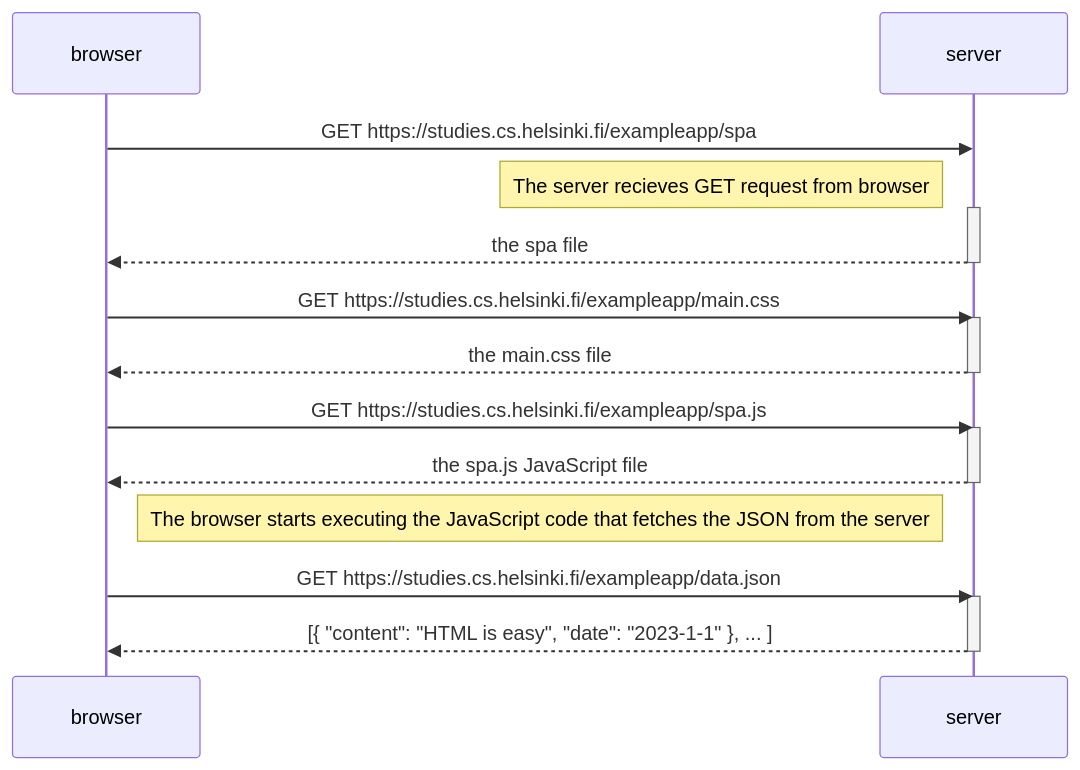
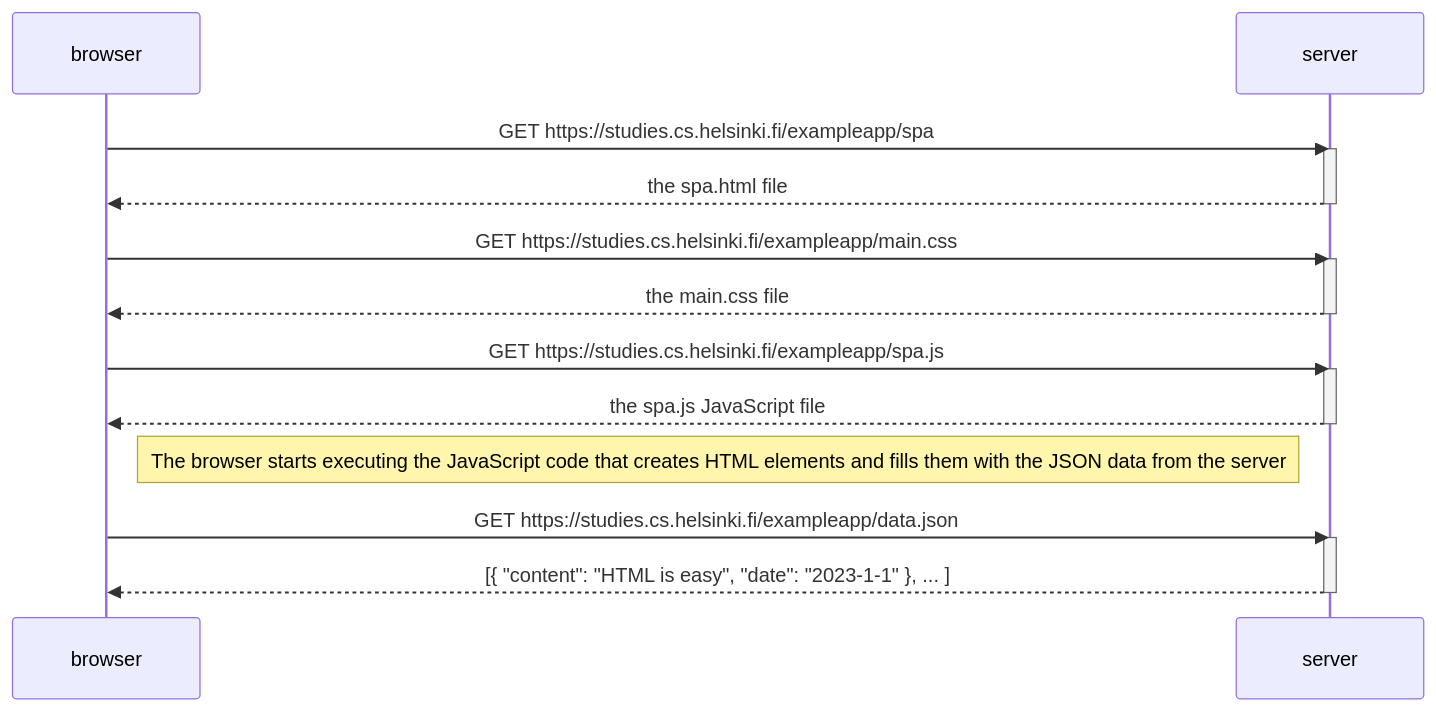
The diagram in part0/0.5SpaSequenceDiagram.md (Emma-Belg/FullStackOpenCourse), drawn with Mermaid before and after one commit.

````diff
--- a/part0/0.5SpaSequenceDiagram.md
+++ b/part0/0.5SpaSequenceDiagram.md
@@ -9,30 +9,29 @@
  ```mermaid
     sequenceDiagram
     participant browser
     participant server
 
     browser->>server: GET https://studies.cs.helsinki.fi/exampleapp/spa
-    Note left of server: The server recieves GET request from browser
     activate server
-    server-->>browser: the spa file 
+    server-->>browser: the spa.html file 
     deactivate server
 
     browser->>server: GET https://studies.cs.helsinki.fi/exampleapp/main.css
     activate server
     server-->>browser: the main.css file
     deactivate server
 
     browser->>server: GET https://studies.cs.helsinki.fi/exampleapp/spa.js
     activate server
     server-->>browser: the spa.js JavaScript file
     deactivate server
     
-    Note right of browser: The browser starts executing the JavaScript code that fetches the JSON from the server
+    Note right of browser: The browser starts executing the JavaScript code that creates HTML elements and fills them with the JSON data from the server
 
     browser->>server: GET https://studies.cs.helsinki.fi/exampleapp/data.json
     activate server
     server-->>browser: [{ "content": "HTML is easy", "date": "2023-1-1" }, ... ]
     deactivate server    
 
     
 ```
````
